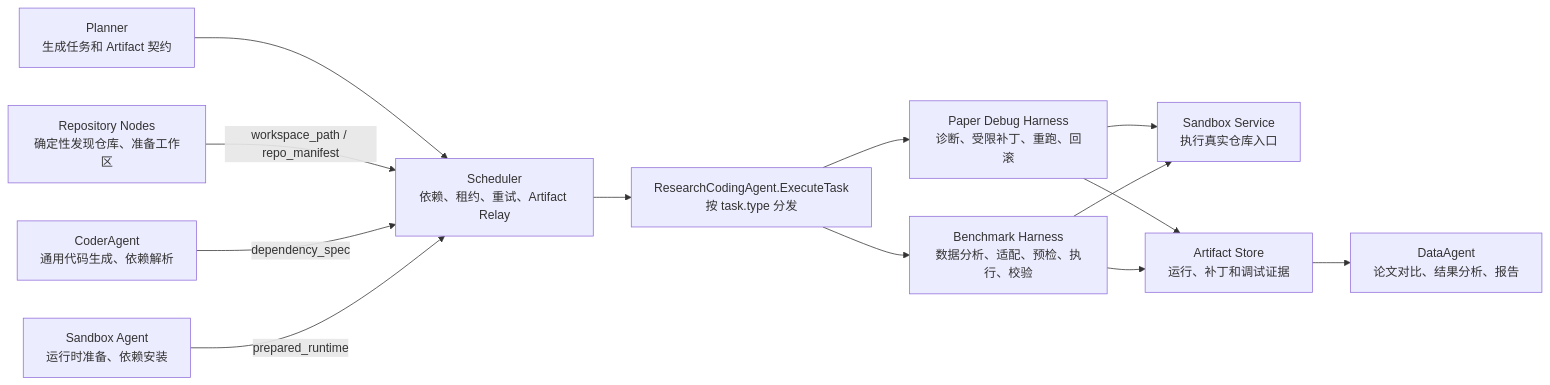
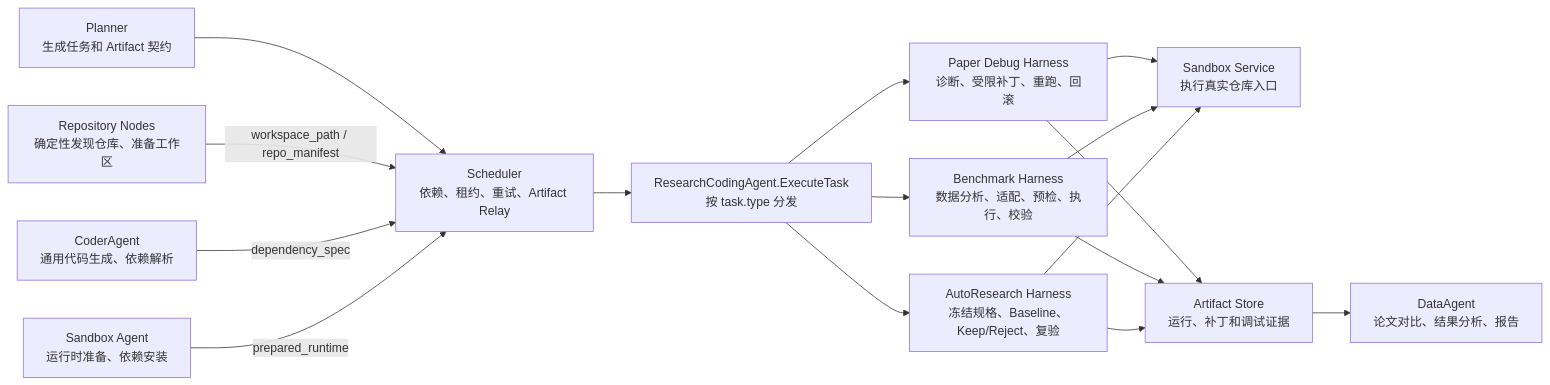
The first of 2 diagrams in scholar-agent/docs/research_coding_agent.md (yu-xin-c/Sea-mult-agent), drawn with Mermaid before and after one commit. The commit also changed other lines of this file and 54 other files, not shown here.

````diff
--- a/scholar-agent/docs/research_coding_agent.md
+++ b/scholar-agent/docs/research_coding_agent.md
@@ -16,18 +17,21 @@
 ```mermaid
 flowchart LR
     P["Planner<br/>生成任务和 Artifact 契约"] --> S["Scheduler<br/>依赖、租约、重试、Artifact Relay"]
     S --> D["ResearchCodingAgent.ExecuteTask<br/>按 task.type 分发"]
 
     R["Repository Nodes<br/>确定性发现仓库、准备工作区"] -->|"workspace_path / repo_manifest"| S
     C["CoderAgent<br/>通用代码生成、依赖解析"] -->|"dependency_spec"| S
     E["Sandbox Agent<br/>运行时准备、依赖安装"] -->|"prepared_runtime"| S
 
     D --> PH["Paper Debug Harness<br/>诊断、受限补丁、重跑、回滚"]
     D --> BH["Benchmark Harness<br/>数据分析、适配、预检、执行、校验"]
+    D --> AH["AutoResearch Harness<br/>冻结规格、Baseline、Keep/Reject、复验"]
 
     PH --> X["Sandbox Service<br/>执行真实仓库入口"]
     BH --> X
+    AH --> X
     PH --> A["Artifact Store<br/>运行、补丁和调试证据"]
     BH --> A
+    AH --> A
     A --> DA["DataAgent<br/>论文对比、结果分析、报告"]
 ```
````
